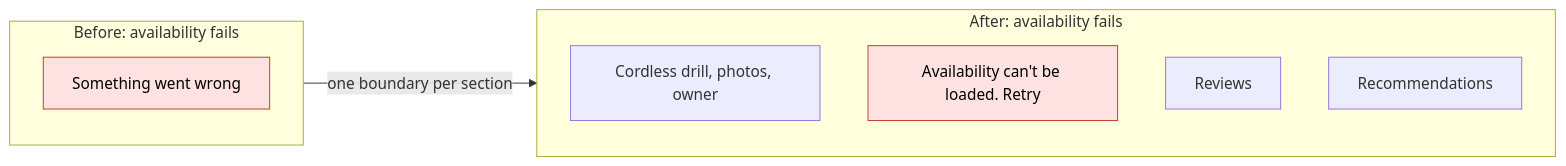
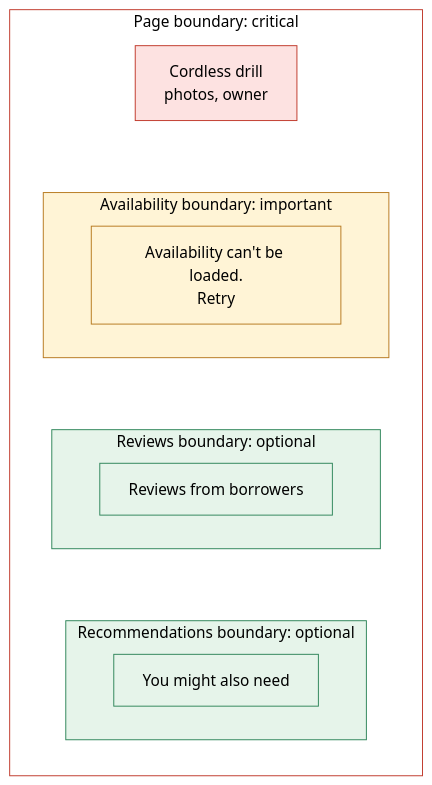
Before and after one commit to christiansany/cas-fee-26-frontend-challenges: the first of 5 diagrams in topics/partial-failures/README.md, drawn with Mermaid. The commit also changed other lines of this file and 3 other files, not shown here.

````diff
--- a/topics/partial-failures/README.md
+++ b/topics/partial-failures/README.md
@@ -25,16 +27,26 @@
 ```mermaid
-flowchart LR
-  subgraph before["Before: availability fails"]
-    b1["Something went wrong"]
+flowchart TB
+  subgraph page["Page boundary: critical"]
+    direction TB
+    header["Cordless drill<br/>photos, owner"]
+    subgraph availB["Availability boundary: important"]
+      avail["Availability can't be loaded.<br/>Retry"]
+    end
+    subgraph reviewsB["Reviews boundary: optional"]
+      reviews["Reviews from borrowers"]
+    end
+    subgraph recsB["Recommendations boundary: optional"]
+      recs["You might also need"]
+    end
+    header ~~~ availB ~~~ reviewsB ~~~ recsB
   end
-  subgraph after["After: availability fails"]
-    a1["Cordless drill, photos, owner"]
-    a2["Availability can't be loaded. Retry"]
-    a3["Reviews"]
-    a4["Recommendations"]
-  end
-  before -- "one boundary per section" --> after
 
-  classDef failed fill:#fde2e1,stroke:#c0392b,color:#000
-  class b1,a2 failed
+  classDef frame fill:#fff,stroke:#c0392b,color:#000
+  classDef critical fill:#fde2e1,stroke:#c0392b,color:#000
+  classDef important fill:#fff4d6,stroke:#b7791f,color:#000
+  classDef optional fill:#e6f4ea,stroke:#2f855a,color:#000
+  class page frame
+  class header critical
+  class availB,avail important
+  class reviewsB,reviews,recsB,recs optional
 ```
````
